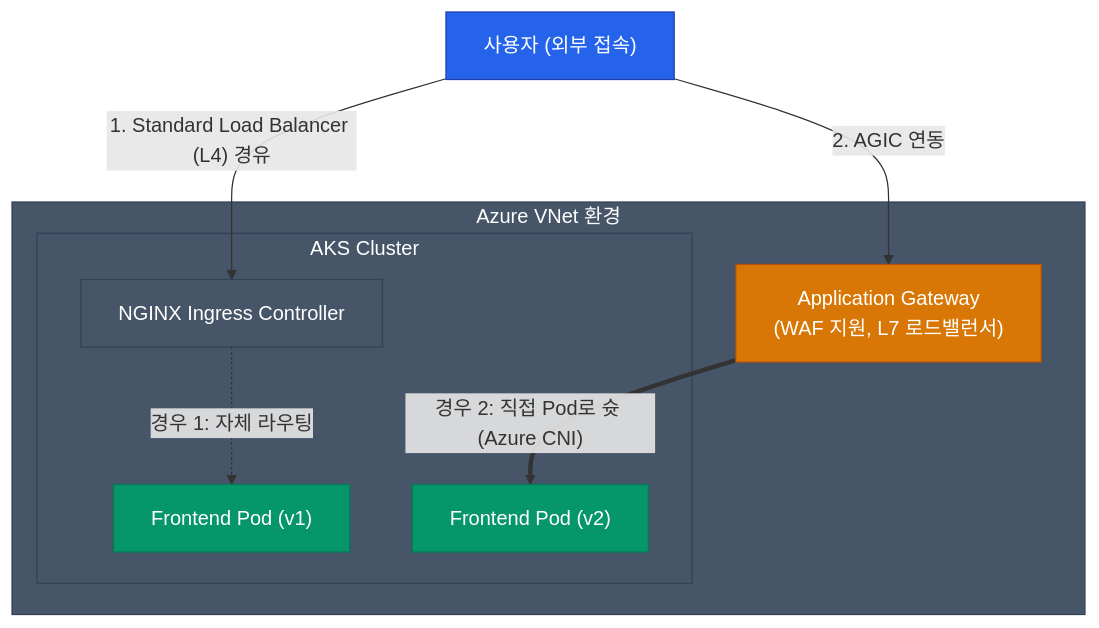
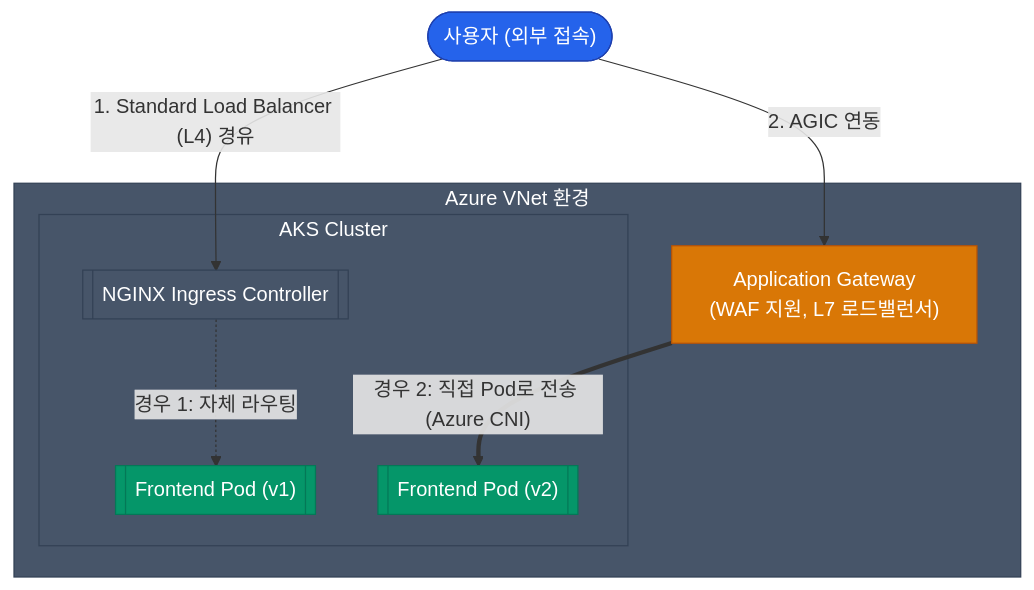
One commit to No1Joon/No1Joon.github.io changed the diagram in _posts/cloud-infrastructure/2026-04-20-azure-02-aks.md. Above: the diagram before and after it, drawn with Mermaid. The commit also changed other lines of this file and 36 other files, not shown here.

````diff
--- a/_posts/cloud-infrastructure/2026-04-20-azure-02-aks.md
+++ b/_posts/cloud-infrastructure/2026-04-20-azure-02-aks.md
@@ -37,33 +37,36 @@
 ```mermaid
 flowchart TD
-    U["사용자 (외부 접속)"]
+    U(["사용자 (외부 접속)"])
     
     subgraph vnet [Azure VNet 환경]
         AGW["Application Gateway<br/>(WAF 지원, L7 로드밸런서)"]
         
         subgraph aks [AKS Cluster]
-            NGINX["NGINX Ingress Controller"]
-            POD_A["Frontend Pod (v1)"]
-            POD_B["Frontend Pod (v2)"]
+            NGINX[["NGINX Ingress Controller"]]
+            POD_A[["Frontend Pod (v1)"]]
+            POD_B[["Frontend Pod (v2)"]]
         end
     end
 
     %% 방식 1: NGINX Ingress
     U -->|"1. Standard Load Balancer (L4) 경유"| NGINX
     NGINX -.->|"경우 1: 자체 라우팅"| POD_A
     
     %% 방식 2: AGIC
     U -->|"2. AGIC 연동"| AGW
-    AGW ==>|"경우 2: 직접 Pod로 슛 (Azure CNI)"| POD_B
+    AGW ==>|"경우 2: 직접 Pod로 전송 (Azure CNI)"| POD_B
 
     classDef primary fill:#2563eb,stroke:#1e40af,color:#ffffff
     classDef success fill:#059669,stroke:#047857,color:#ffffff
     classDef warn fill:#d97706,stroke:#b45309,color:#ffffff
+    classDef danger fill:#dc2626,stroke:#991b1b,color:#ffffff
+    classDef info fill:#0891b2,stroke:#0e7490,color:#ffffff
     classDef neutral fill:#475569,stroke:#334155,color:#ffffff
+    classDef muted fill:#e2e8f0,stroke:#94a3b8,color:#0f172a
 
     class U primary
     class NGINX neutral
     class POD_A,POD_B success
     class AGW warn
     class vnet,aks neutral
 ```
````
